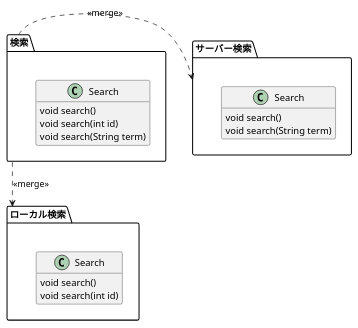
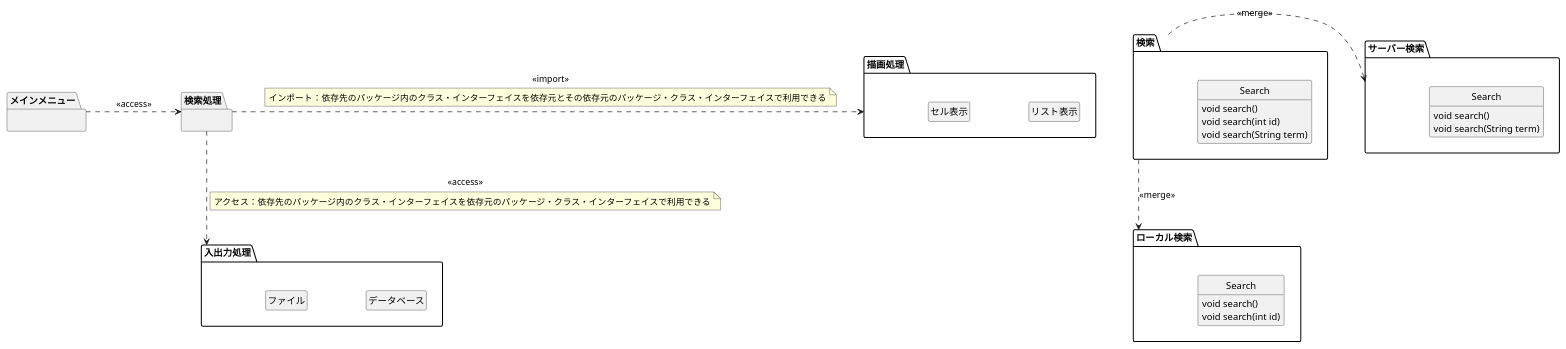
Before and after one commit to yzkn/PlantUML-CheatSheet: the diagram in src/05-003-パッケージ図.md, drawn with PlantUML. The commit also changed other lines of this file and 4 other files, not shown here.

````diff
--- a/src/05-003-パッケージ図.md
+++ b/src/05-003-パッケージ図.md
@@ -67,35 +3,64 @@
 ```plantuml
 
 @startuml
+
+hide circle
+
+
+package メインメニュー {}
+
+package 検索処理 {}
+
+package 描画処理 {
+    class リスト表示
+    class セル表示
+}
+
+package 入出力処理 {
+    class データベース
+    class ファイル
+}
+
+メインメニュー -[dashed]> 検索処理 : <<access>>
+
+検索処理 -[dashed]> 描画処理 : <<import>>
+
+note on link : インポート：依存先のパッケージ内のクラス・インターフェイスを依存元とその依存元のパッケージ・クラス・インターフェイスで利用できる
+
+検索処理 -[dashed]-> 入出力処理 : <<access>>
+
+note on link : アクセス：依存先のパッケージ内のクラス・インターフェイスを依存元のパッケージ・クラス・インターフェイスで利用できる
+
+' ''''''''''
 
 hide empty members
 
 
 namespace サーバー検索 {
     class Search {
         void search()
         void search(String term)
     }
 }
 
 namespace ローカル検索 {
     class Search {
         void search()
         void search(int id)
     }
 }
 
 namespace 検索 {
     class Search {
         void search()
         void search(int id)
         void search(String term)
     }
 }
 
 検索 -[dashed]> サーバー検索 : <<merge>>
 検索 -[dashed]-> ローカル検索 : <<merge>>
 
 @enduml
 
 ```
````
